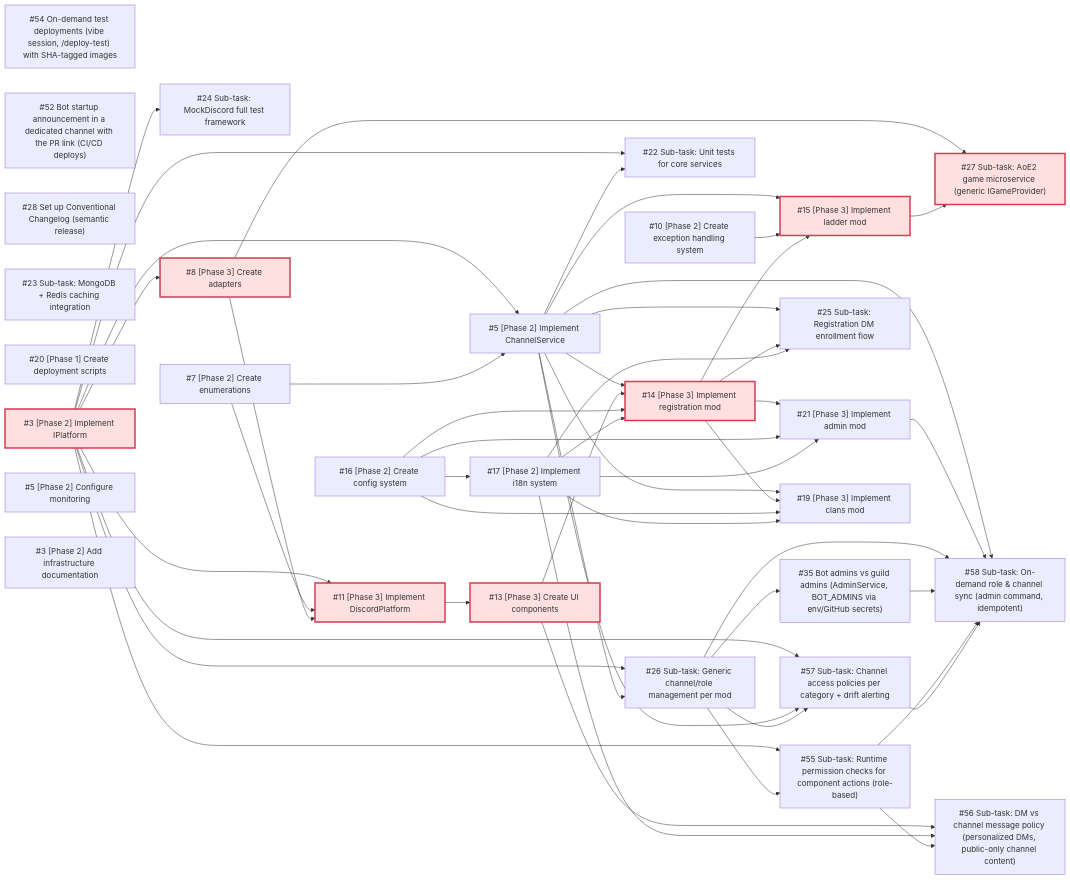
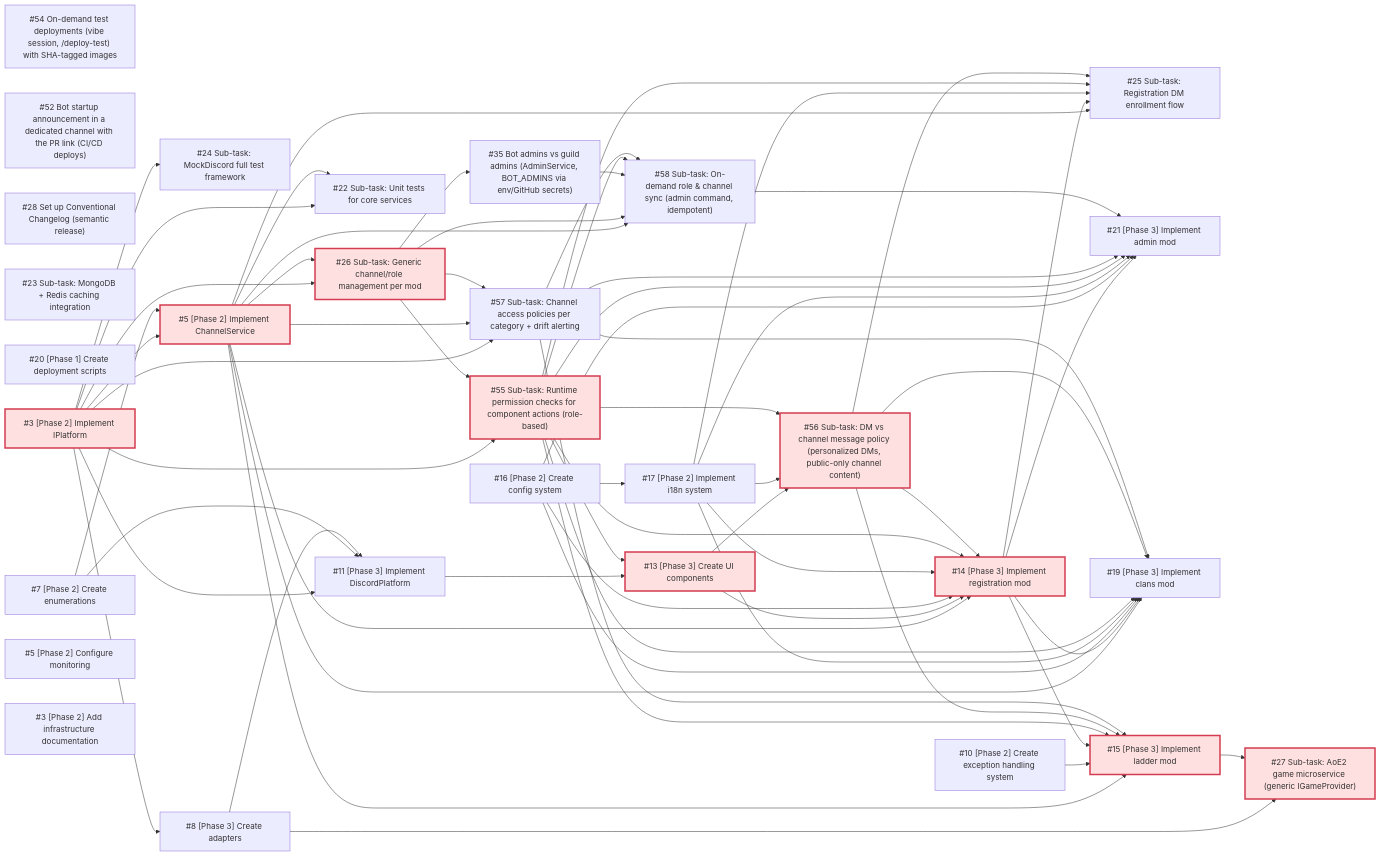
Before and after one commit to merlin-pinpin-org/kingdoms: the diagram in docs/DEPENDENCIES.md, drawn with Mermaid. The commit also changed other lines of this file and 6 other files, not shown here.

````diff
--- a/docs/DEPENDENCIES.md
+++ b/docs/DEPENDENCIES.md
@@ -58,7 +58,6 @@
     ki_5["#5 [Phase 2] Configure monitoring"]
     ki_3["#3 [Phase 2] Add infrastructure documentation"]
     ks_5 --> ks_58
-    ks_21 --> ks_58
     ks_26 --> ks_58
     ks_35 --> ks_58
     ks_55 --> ks_58
@@ -79,25 +78,39 @@
     ks_5 --> ks_25
     ks_14 --> ks_25
     ks_17 --> ks_25
+    ks_55 --> ks_25
+    ks_56 --> ks_25
     ks_3 --> ks_24
     ks_3 --> ks_22
     ks_5 --> ks_22
     ks_14 --> ks_21
     ks_16 --> ks_21
     ks_17 --> ks_21
+    ks_55 --> ks_21
+    ks_57 --> ks_21
+    ks_58 --> ks_21
     ks_5 --> ks_19
     ks_14 --> ks_19
     ks_16 --> ks_19
     ks_17 --> ks_19
+    ks_55 --> ks_19
+    ks_56 --> ks_19
+    ks_57 --> ks_19
     ks_16 --> ks_17
     ks_5 --> ks_15
     ks_10 --> ks_15
     ks_14 --> ks_15
+    ks_55 --> ks_15
+    ks_56 --> ks_15
+    ks_57 --> ks_15
     ks_5 --> ks_14
     ks_13 --> ks_14
     ks_16 --> ks_14
     ks_17 --> ks_14
+    ks_55 --> ks_14
+    ks_56 --> ks_14
     ks_11 --> ks_13
+    ks_55 --> ks_13
     ks_3 --> ks_11
     ks_7 --> ks_11
     ks_8 --> ks_11
@@ -105,5 +118,5 @@
     ks_3 --> ks_5
     ks_7 --> ks_5
     classDef critical fill:#ffe0e0,stroke:#d43d51,stroke-width:3px;
-    class ks_3,ks_8,ks_11,ks_13,ks_14,ks_15,ks_27 critical
+    class ks_3,ks_5,ks_26,ks_55,ks_13,ks_56,ks_14,ks_15,ks_27 critical
 ```
````
